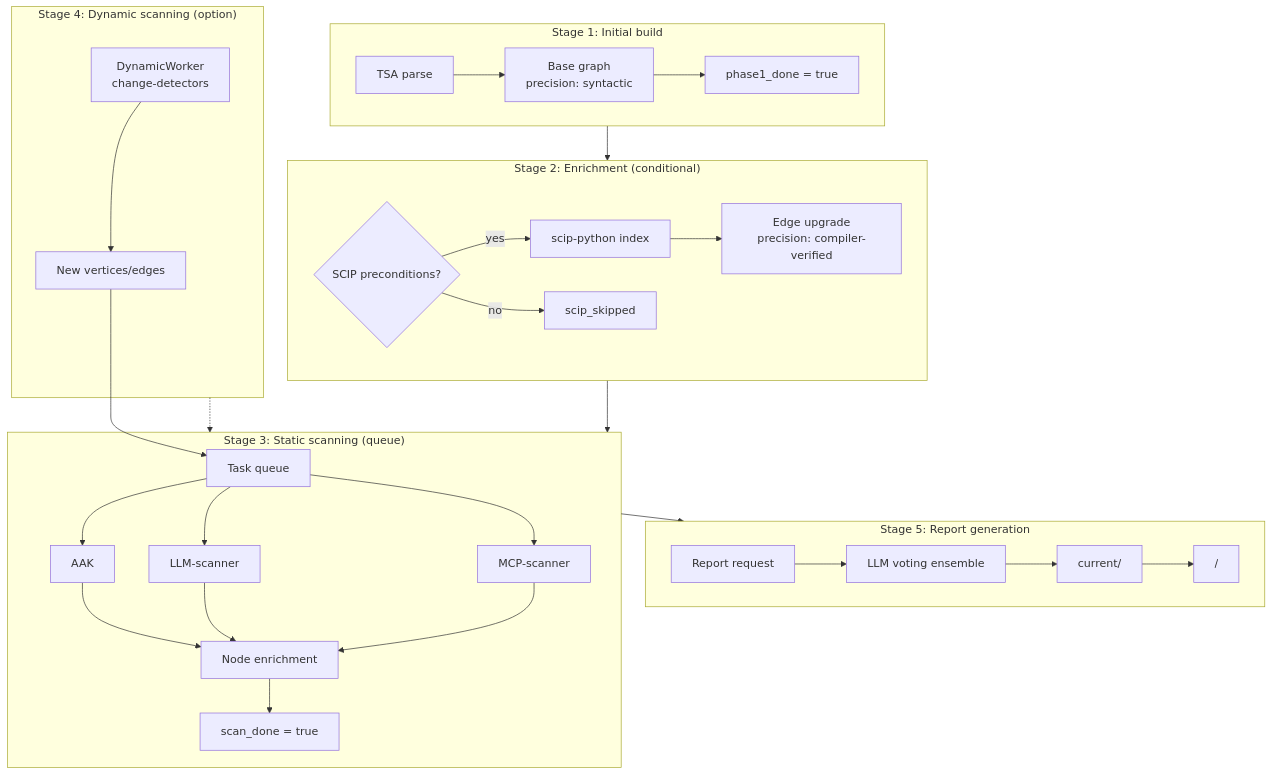
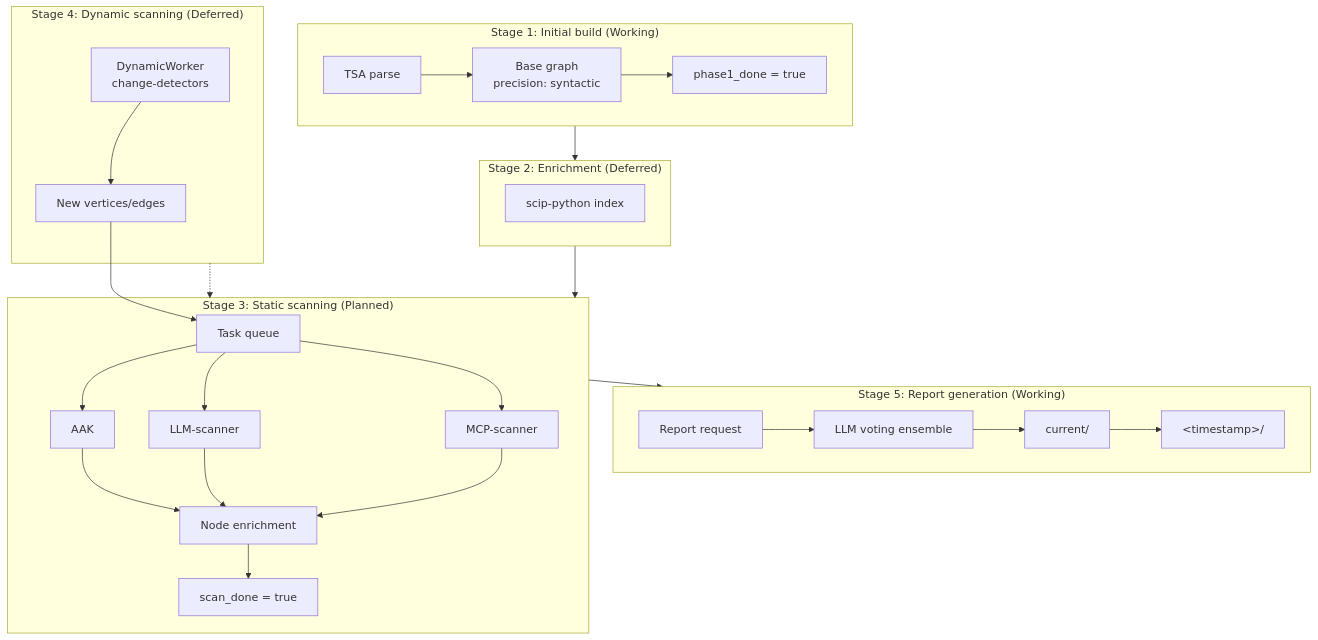
The diagram in Documentation/ADR/ADR_003.md (Malinowiy/AICorellator), drawn with Mermaid before and after one commit. The commit also changed other lines of this file and 6 other files, not shown here.

````diff
--- a/Documentation/ADR/ADR_003.md
+++ b/Documentation/ADR/ADR_003.md
@@ -108,43 +132,40 @@
 ```mermaid
 flowchart TB
-    subgraph S1["Stage 1: Initial build"]
+    subgraph S1["Stage 1: Initial build (Working)"]
         TSA[TSA parse] --> G1[Base graph<br/>precision: syntactic]
         G1 --> F1[phase1_done = true]
     end
 
-    subgraph S2["Stage 2: Enrichment (conditional)"]
-        CHK{SCIP preconditions?}
-        CHK -->|yes| SCIP[scip-python index]
-        SCIP --> G2[Edge upgrade<br/>precision: compiler-verified]
-        CHK -->|no| SKIP[scip_skipped]
+    subgraph S2["Stage 2: Enrichment (Deferred)"]
+        SCIP[scip-python index]
     end
 
-    subgraph S3["Stage 3: Static scanning (queue)"]
+    subgraph S3["Stage 3: Static scanning (Planned)"]
         Q[Task queue]
         Q --> W1[AAK]
         Q --> W2[LLM-scanner]
         Q --> W3[MCP-scanner]
         W1 --> EN[Node enrichment]
         W2 --> EN
         W3 --> EN
         EN --> F2[scan_done = true]
     end
 
-    subgraph S4["Stage 4: Dynamic scanning (option)"]
+    subgraph S4["Stage 4: Dynamic scanning (Deferred)"]
         DW[DynamicWorker<br/>change-detectors]
         DW --> NEW[New vertices/edges]
         NEW --> Q
     end
 
-    subgraph S5["Stage 5: Report generation"]
+    subgraph S5["Stage 5: Report generation (Working)"]
         REQ[Report request]
         REQ --> LLM[LLM voting ensemble]
-        LLM --> PDF[current/]
-        PDF --> ARCH["<timestamp>/"]
+        LLM --> CUR[current/]
+        CUR --> ARCH["&lt;timestamp&gt;/"]
     end
 
     S1 --> S2
     S2 --> S3
     S3 --> S5
     S4 -.-> S3
 ```
````
